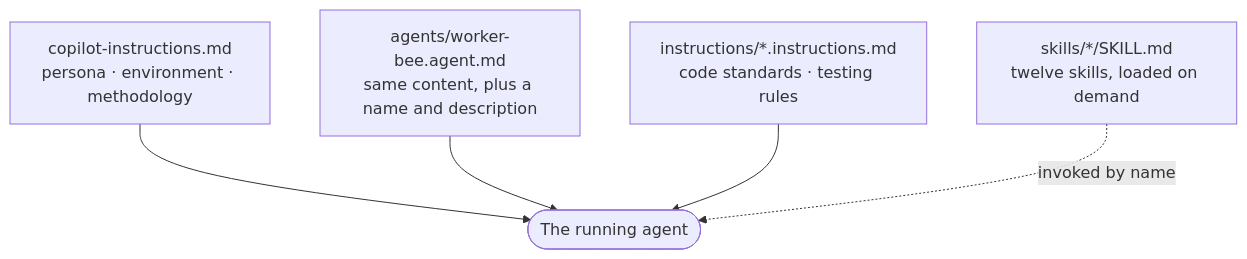
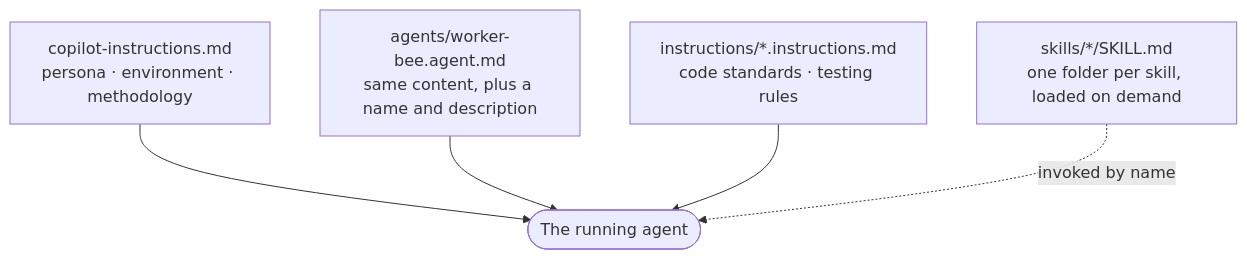
One commit to cybersemics/em changed the first of 2 diagrams in docs/agents/readme.md. Above: the diagram before and after it, drawn with Mermaid. The commit also changed other lines of this file and 2 other files, not shown here.

````diff
--- a/docs/agents/readme.md
+++ b/docs/agents/readme.md
@@ -28,18 +28,18 @@
 ```mermaid
 flowchart TD
     CI["copilot-instructions.md<br/>persona · environment · methodology"]
     WB["agents/worker-bee.agent.md<br/>same content, plus a name and description"]
     INS["instructions/*.instructions.md<br/>code standards · testing rules"]
-    SK["skills/*/SKILL.md<br/>twelve skills, loaded on demand"]
+    SK["skills/*/SKILL.md<br/>one folder per skill, loaded on demand"]
     RUN(["The running agent"])
 
     CI --> RUN
     WB --> RUN
     INS --> RUN
     SK -.invoked by name.-> RUN
 
     click CI "../../.github/copilot-instructions.md" "Open copilot-instructions.md"
     click WB "../../.github/agents/worker-bee.agent.md" "Open worker-bee.agent.md"
     click INS "../../.github/instructions/" "Open the instructions folder"
-    click SK "skills.md" "All twelve skills"
+    click SK "skills.md" "Every skill, and how they call each other"
 ```
````
